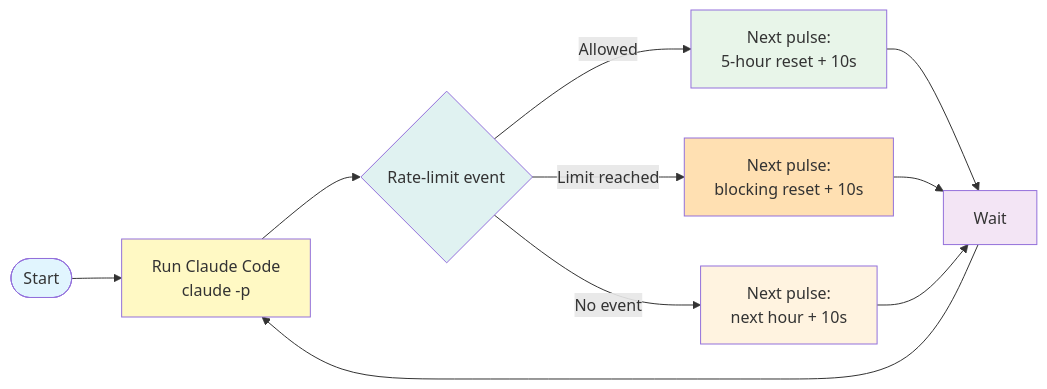
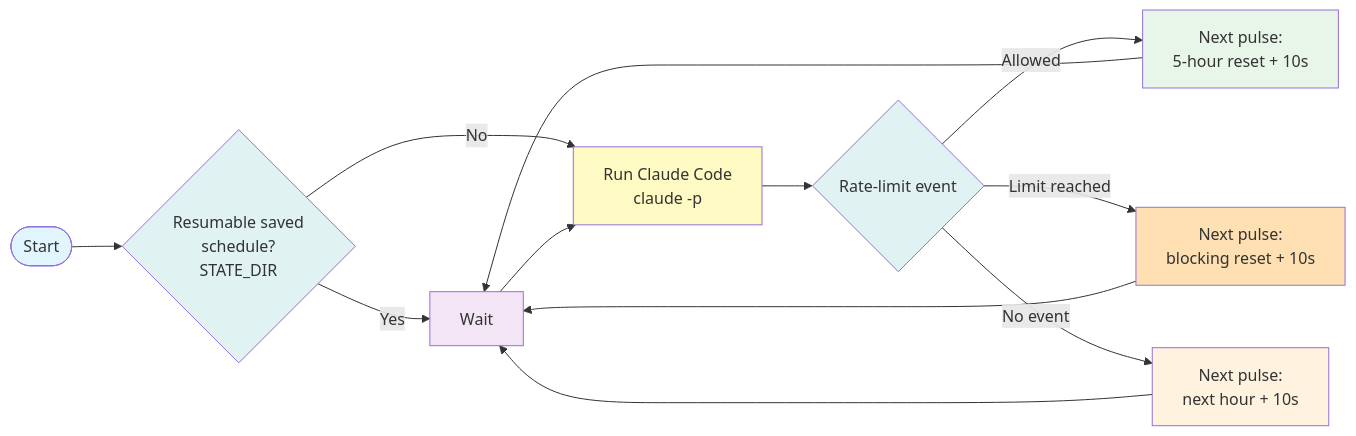
One commit to substance0/claudepulse changed the first of 8 diagrams in docs/workflow-diagrams.md. Above: the diagram before and after it, drawn with Mermaid. The commit also changed other lines of this file and 4 other files, not shown here.

````diff
--- a/docs/workflow-diagrams.md
+++ b/docs/workflow-diagrams.md
@@ -9,20 +9,23 @@
 ```mermaid
 graph LR
-    Start([Start]) --> Pulse[Run Claude Code<br/>claude -p]
+    Start([Start]) --> Saved{Resumable saved<br/>schedule?<br/>STATE_DIR}
+    Saved -->|Yes| Wait
+    Saved -->|No| Pulse[Run Claude Code<br/>claude -p]
     Pulse --> Read{Rate-limit event}
     Read -->|Allowed| Window[Next pulse:<br/>5-hour reset + 10s]
     Read -->|Limit reached| Blocked[Next pulse:<br/>blocking reset + 10s]
     Read -->|No event| Hourly[Next pulse:<br/>next hour + 10s]
     Window --> Wait[Wait]
     Blocked --> Wait
     Hourly --> Wait
     Wait --> Pulse
 
     style Start fill:#e1f5fe
+    style Saved fill:#e0f2f1
     style Pulse fill:#fff9c4
     style Read fill:#e0f2f1
     style Window fill:#e8f5e9
     style Blocked fill:#ffe0b2
     style Hourly fill:#fff3e0
     style Wait fill:#f3e5f5
 ```
````
